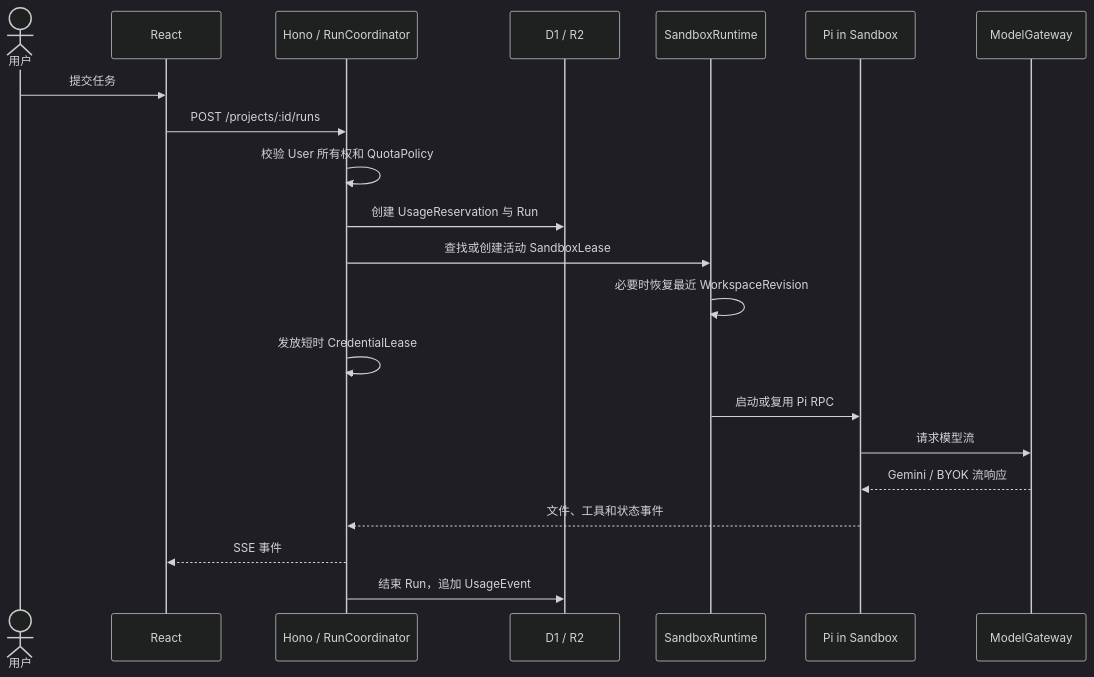
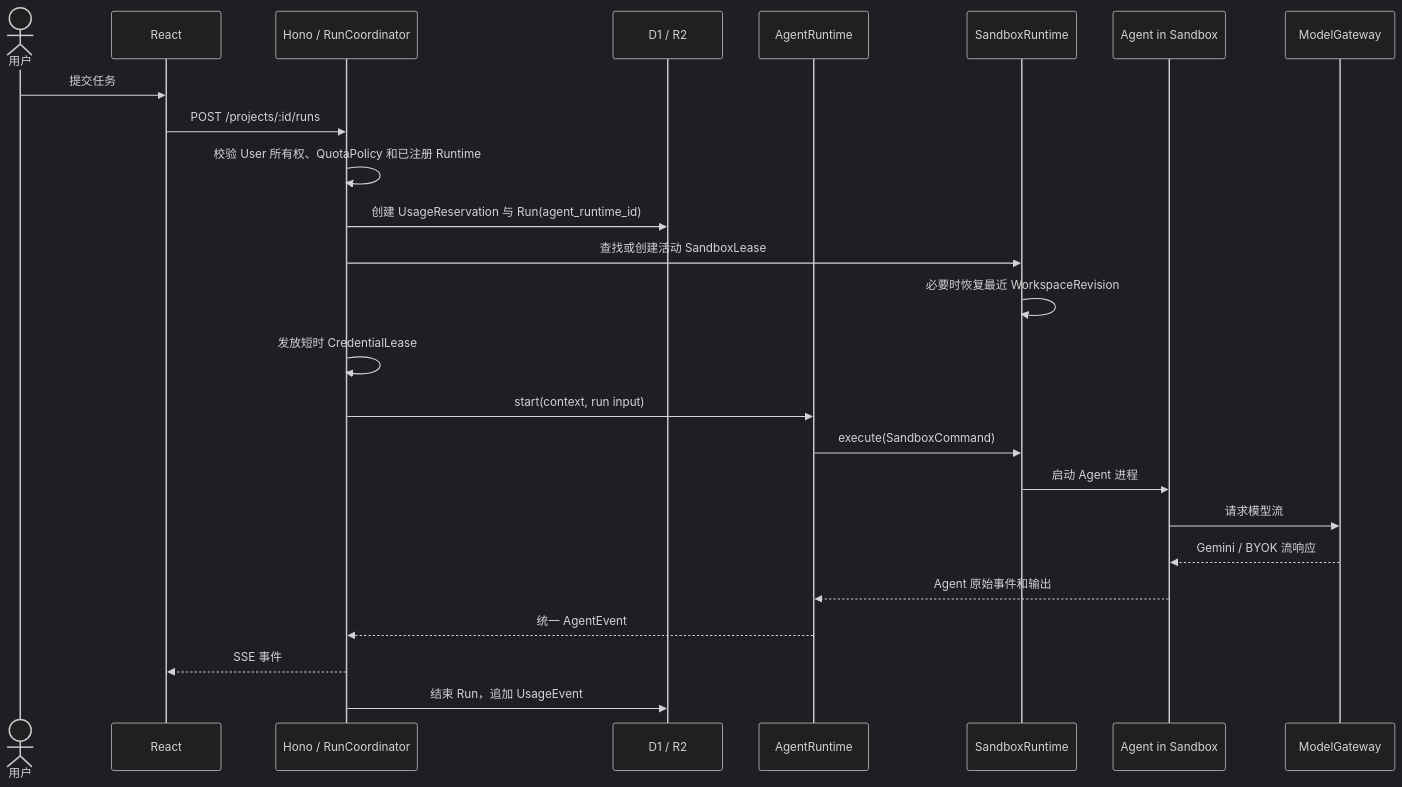
The second of 2 diagrams in docs/architecture/01-system-overview.md (DeyunMa/agent-online), drawn with Mermaid (dark theme) before and after one commit. The commit also changed other lines of this file and 27 other files, not shown here.

First line of the commit message:
refactor(architecture): generalize agent runtime

````diff
--- a/docs/architecture/01-system-overview.md
+++ b/docs/architecture/01-system-overview.md
@@ -68,24 +74,28 @@
 ```mermaid
 sequenceDiagram
     actor User as 用户
     participant UI as React
     participant API as Hono / RunCoordinator
     participant DB as D1 / R2
-    participant RT as SandboxRuntime
-    participant Pi as Pi in Sandbox
+    participant AR as AgentRuntime
+    participant SR as SandboxRuntime
+    participant AG as Agent in Sandbox
     participant MG as ModelGateway
 
     User->>UI: 提交任务
     UI->>API: POST /projects/:id/runs
-    API->>API: 校验 User 所有权和 QuotaPolicy
-    API->>DB: 创建 UsageReservation 与 Run
-    API->>RT: 查找或创建活动 SandboxLease
-    RT->>RT: 必要时恢复最近 WorkspaceRevision
+    API->>API: 校验 User 所有权、QuotaPolicy 和已注册 Runtime
+    API->>DB: 创建 UsageReservation 与 Run(agent_runtime_id)
+    API->>SR: 查找或创建活动 SandboxLease
+    SR->>SR: 必要时恢复最近 WorkspaceRevision
     API->>API: 发放短时 CredentialLease
-    RT->>Pi: 启动或复用 Pi RPC
-    Pi->>MG: 请求模型流
-    MG-->>Pi: Gemini / BYOK 流响应
-    Pi-->>API: 文件、工具和状态事件
+    API->>AR: start(context, run input)
+    AR->>SR: execute(SandboxCommand)
+    SR->>AG: 启动 Agent 进程
+    AG->>MG: 请求模型流
+    MG-->>AG: Gemini / BYOK 流响应
+    AG-->>AR: Agent 原始事件和输出
+    AR-->>API: 统一 AgentEvent
     API-->>UI: SSE 事件
     API->>DB: 结束 Run，追加 UsageEvent
 ```
````
